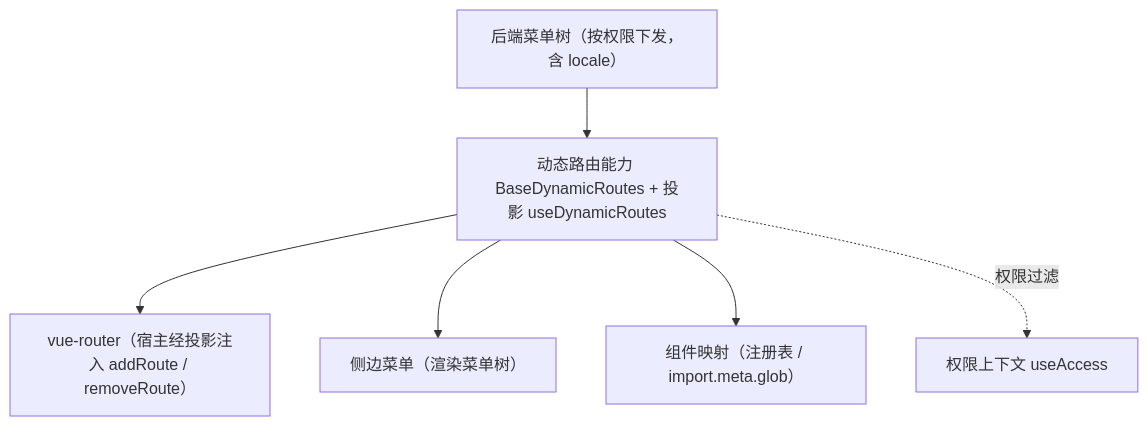
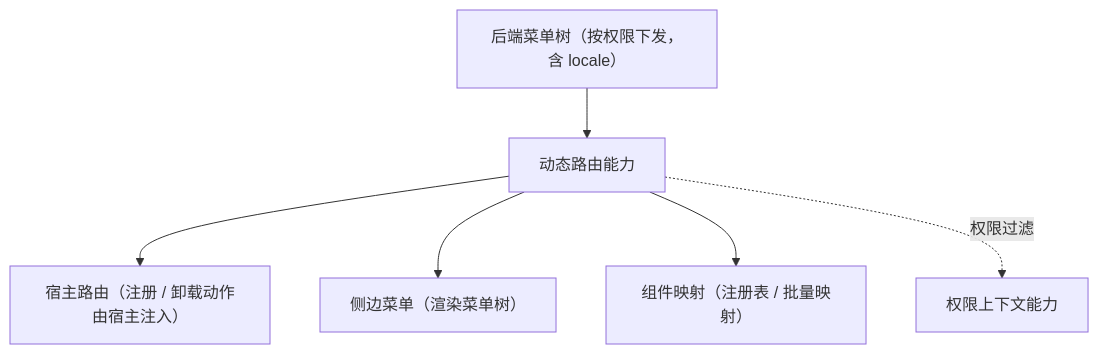
Before and after one commit to minjian123/basic-management-system: the diagram in bms文档/设计/组件设计/02_基础组件类/02_能力类/20_组件设计_动态路由能力/20_组件设计_动态路由能力.md, drawn with Mermaid. The commit also changed other lines of this file and 238 other files, not shown here.

````diff
--- a/bms文档/设计/组件设计/02_基础组件类/02_能力类/20_组件设计_动态路由能力/20_组件设计_动态路由能力.md
+++ b/bms文档/设计/组件设计/02_基础组件类/02_能力类/20_组件设计_动态路由能力/20_组件设计_动态路由能力.md
@@ -15,8 +16,8 @@
 ```mermaid
 flowchart TD
-    M["后端菜单树（按权限下发，含 locale）"] --> DR["动态路由能力 BaseDynamicRoutes + 投影 useDynamicRoutes"]
-    DR --> R["vue-router（宿主经投影注入 addRoute / removeRoute）"]
+    M["后端菜单树（按权限下发，含 locale）"] --> DR["动态路由能力"]
+    DR --> R["宿主路由（注册 / 卸载动作由宿主注入）"]
     DR --> S["侧边菜单（渲染菜单树）"]
-    DR --> V["组件映射（注册表 / import.meta.glob）"]
-    DR -. 权限过滤 .-> A["权限上下文 useAccess"]
+    DR --> V["组件映射（注册表 / 批量映射）"]
+    DR -. 权限过滤 .-> A["权限上下文能力"]
 ```
````
